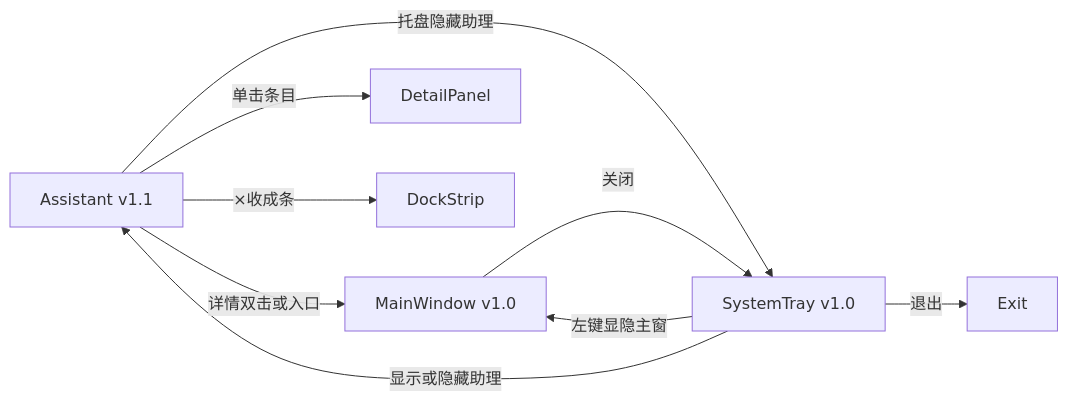
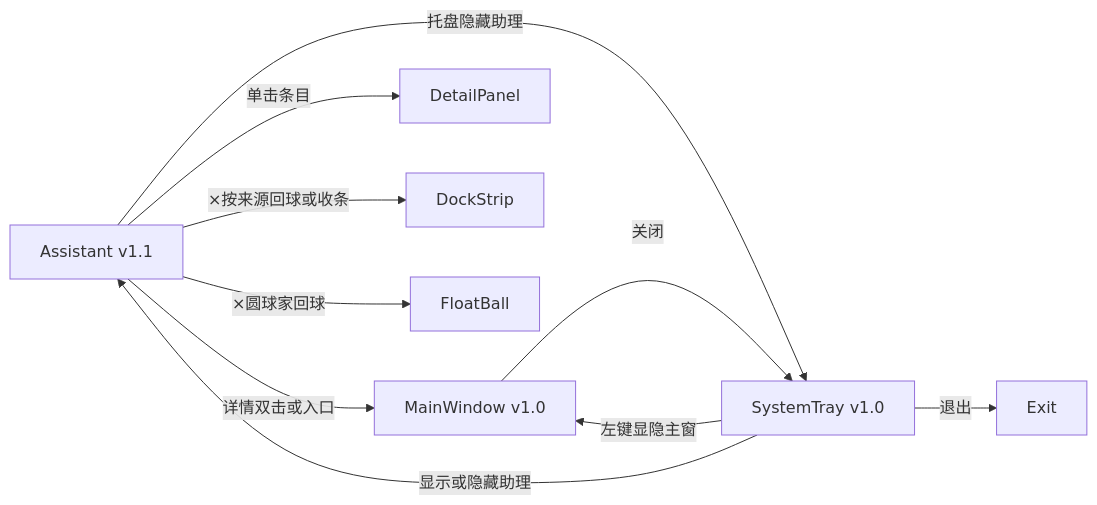
Before and after one commit to ForOnly/only-todo: the second of 2 diagrams in doc/产品需求.md, drawn with Mermaid. The commit also changed other lines of this file and 12 other files, not shown here.

````diff
--- a/doc/产品需求.md
+++ b/doc/产品需求.md
@@ -190,16 +190,17 @@
 ```mermaid
 flowchart LR
     companion[Assistant v1.1]
     mainWin[MainWindow v1.0]
     tray[SystemTray v1.0]
     detailPanel[DetailPanel]
 
     companion -->|"单击条目"| detailPanel
     companion -->|"详情双击或入口"| mainWin
-    companion -->|"×收成条"| strip[DockStrip]
+    companion -->|"×按来源回球或收条"| strip[DockStrip]
+    companion -->|"×圆球家回球"| ball[FloatBall]
     companion -->|"托盘隐藏助理"| tray
     mainWin -->|"关闭"| tray
     tray -->|"左键显隐主窗"| mainWin
     tray -->|"显示或隐藏助理"| companion
     tray -->|"退出"| exitNode[Exit]
 ```
````
